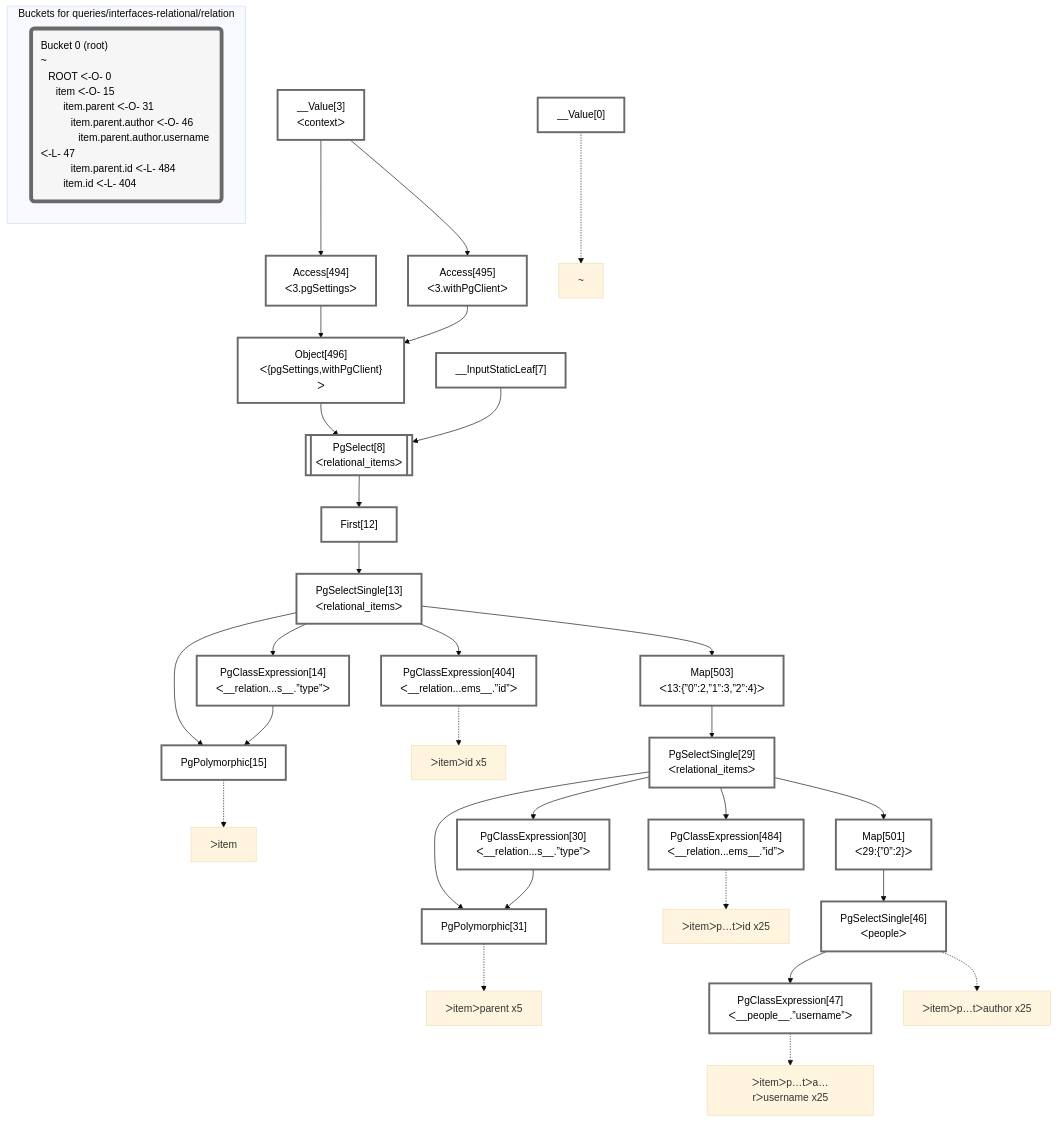
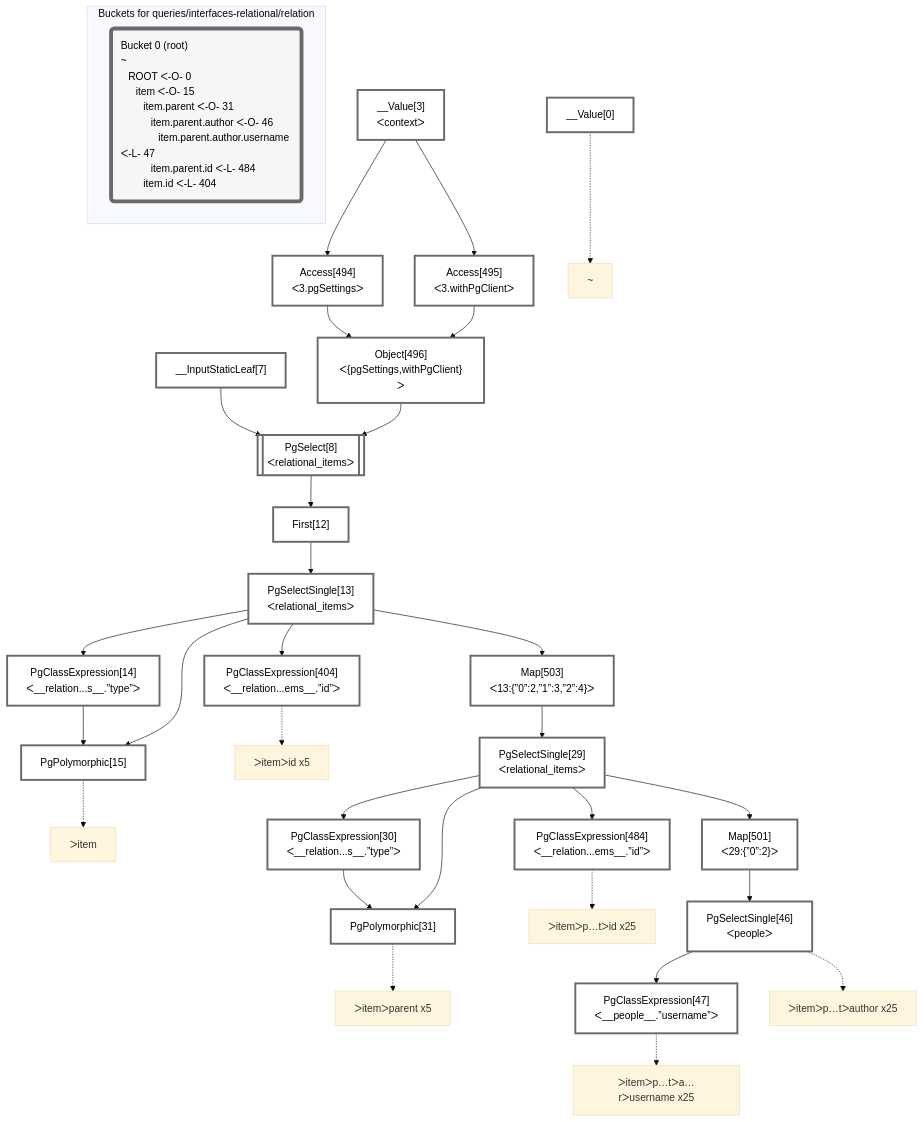
Before and after one commit to graphile/crystal: the diagram in packages/dataplan-pg/__tests__/queries/interfaces-relational/relation.mermaid.md, drawn with Mermaid (base theme). The commit also changed other lines of this file and 195 other files, not shown here.

Commit message:
Reorder graphs

````diff
--- a/packages/dataplan-pg/__tests__/queries/interfaces-relational/relation.mermaid.md
+++ b/packages/dataplan-pg/__tests__/queries/interfaces-relational/relation.mermaid.md
@@ -1,72 +1,72 @@
 ```mermaid
 graph TD
     classDef path fill:#eee,stroke:#000,color:#000
     classDef plan fill:#fff,stroke-width:3px,color:#000
     classDef itemplan fill:#fff,stroke-width:6px,color:#000
     classDef sideeffectplan fill:#f00,stroke-width:6px,color:#000
     classDef bucket fill:#f6f6f6,color:#000,stroke-width:6px,text-align:left
 
 
     %% define plans
     __Value0["__Value[0]"]:::plan
-    PgPolymorphic15["PgPolymorphic[15]"]:::plan
-    PgClassExpression14["PgClassExpression[14]<br />ᐸ__relation...s__.”type”ᐳ"]:::plan
-    PgClassExpression404["PgClassExpression[404]<br />ᐸ__relation...ems__.”id”ᐳ"]:::plan
-    PgPolymorphic31["PgPolymorphic[31]"]:::plan
-    PgClassExpression30["PgClassExpression[30]<br />ᐸ__relation...s__.”type”ᐳ"]:::plan
-    PgClassExpression484["PgClassExpression[484]<br />ᐸ__relation...ems__.”id”ᐳ"]:::plan
-    PgClassExpression47["PgClassExpression[47]<br />ᐸ__people__.”username”ᐳ"]:::plan
-    PgSelectSingle46["PgSelectSingle[46]<br />ᐸpeopleᐳ"]:::plan
-    Map501["Map[501]<br />ᐸ29:{”0”:2}ᐳ"]:::plan
-    PgSelectSingle29["PgSelectSingle[29]<br />ᐸrelational_itemsᐳ"]:::plan
-    Map503["Map[503]<br />ᐸ13:{”0”:2,”1”:3,”2”:4}ᐳ"]:::plan
-    PgSelectSingle13["PgSelectSingle[13]<br />ᐸrelational_itemsᐳ"]:::plan
-    First12["First[12]"]:::plan
-    PgSelect8[["PgSelect[8]<br />ᐸrelational_itemsᐳ"]]:::plan
-    Object496["Object[496]<br />ᐸ{pgSettings,withPgClient}ᐳ"]:::plan
+    __Value3["__Value[3]<br />ᐸcontextᐳ"]:::plan
+    __InputStaticLeaf7["__InputStaticLeaf[7]"]:::plan
     Access494["Access[494]<br />ᐸ3.pgSettingsᐳ"]:::plan
     Access495["Access[495]<br />ᐸ3.withPgClientᐳ"]:::plan
-    __Value3["__Value[3]<br />ᐸcontextᐳ"]:::plan
-    __InputStaticLeaf7["__InputStaticLeaf[7]"]:::plan
+    Object496["Object[496]<br />ᐸ{pgSettings,withPgClient}ᐳ"]:::plan
+    PgSelect8[["PgSelect[8]<br />ᐸrelational_itemsᐳ"]]:::plan
+    First12["First[12]"]:::plan
+    PgSelectSingle13["PgSelectSingle[13]<br />ᐸrelational_itemsᐳ"]:::plan
+    PgClassExpression14["PgClassExpression[14]<br />ᐸ__relation...s__.”type”ᐳ"]:::plan
+    PgPolymorphic15["PgPolymorphic[15]"]:::plan
+    PgClassExpression404["PgClassExpression[404]<br />ᐸ__relation...ems__.”id”ᐳ"]:::plan
+    Map503["Map[503]<br />ᐸ13:{”0”:2,”1”:3,”2”:4}ᐳ"]:::plan
+    PgSelectSingle29["PgSelectSingle[29]<br />ᐸrelational_itemsᐳ"]:::plan
+    PgClassExpression30["PgClassExpression[30]<br />ᐸ__relation...s__.”type”ᐳ"]:::plan
+    PgPolymorphic31["PgPolymorphic[31]"]:::plan
+    PgClassExpression484["PgClassExpression[484]<br />ᐸ__relation...ems__.”id”ᐳ"]:::plan
+    Map501["Map[501]<br />ᐸ29:{”0”:2}ᐳ"]:::plan
+    PgSelectSingle46["PgSelectSingle[46]<br />ᐸpeopleᐳ"]:::plan
+    PgClassExpression47["PgClassExpression[47]<br />ᐸ__people__.”username”ᐳ"]:::plan
 
     %% plan dependencies
-    PgSelectSingle13 & PgClassExpression14 --> PgPolymorphic15
-    PgSelectSingle13 --> PgClassExpression14
-    PgSelectSingle13 --> PgClassExpression404
-    PgSelectSingle29 & PgClassExpression30 --> PgPolymorphic31
-    PgSelectSingle29 --> PgClassExpression30
-    PgSelectSingle29 --> PgClassExpression484
-    PgSelectSingle46 --> PgClassExpression47
-    Map501 --> PgSelectSingle46
-    PgSelectSingle29 --> Map501
-    Map503 --> PgSelectSingle29
-    PgSelectSingle13 --> Map503
-    First12 --> PgSelectSingle13
-    PgSelect8 --> First12
-    Object496 & __InputStaticLeaf7 --> PgSelect8
-    Access494 & Access495 --> Object496
     __Value3 --> Access494
     __Value3 --> Access495
+    Access494 & Access495 --> Object496
+    Object496 & __InputStaticLeaf7 --> PgSelect8
+    PgSelect8 --> First12
+    First12 --> PgSelectSingle13
+    PgSelectSingle13 --> PgClassExpression14
+    PgSelectSingle13 & PgClassExpression14 --> PgPolymorphic15
+    PgSelectSingle13 --> PgClassExpression404
+    PgSelectSingle13 --> Map503
+    Map503 --> PgSelectSingle29
+    PgSelectSingle29 --> PgClassExpression30
+    PgSelectSingle29 & PgClassExpression30 --> PgPolymorphic31
+    PgSelectSingle29 --> PgClassExpression484
+    PgSelectSingle29 --> Map501
+    Map501 --> PgSelectSingle46
+    PgSelectSingle46 --> PgClassExpression47
 
     %% plan-to-path relationships
     P0["~"]
     __Value0 -.-> P0
     P15["ᐳitem"]
     PgPolymorphic15 -.-> P15
     P31["ᐳitemᐳparent x5"]
     PgPolymorphic31 -.-> P31
     P46["ᐳitemᐳp…tᐳauthor x25"]
     PgSelectSingle46 -.-> P46
     P47["ᐳitemᐳp…tᐳa…rᐳusername x25"]
     PgClassExpression47 -.-> P47
     P404["ᐳitemᐳid x5"]
     PgClassExpression404 -.-> P404
     P484["ᐳitemᐳp…tᐳid x25"]
     PgClassExpression484 -.-> P484
 
     subgraph "Buckets for queries/interfaces-relational/relation"
     Bucket0("Bucket 0 (root)<br />~<br />⠀ROOT ᐸ-O- 0<br />⠀⠀item ᐸ-O- 15<br />⠀⠀⠀item.parent ᐸ-O- 31<br />⠀⠀⠀⠀item.parent.author ᐸ-O- 46<br />⠀⠀⠀⠀⠀item.parent.author.username ᐸ-L- 47<br />⠀⠀⠀⠀item.parent.id ᐸ-L- 484<br />⠀⠀⠀item.id ᐸ-L- 404"):::bucket
     classDef bucket0 stroke:#696969
     class Bucket0,__Value0,__Value3,__InputStaticLeaf7,PgSelect8,First12,PgSelectSingle13,PgClassExpression14,PgPolymorphic15,PgSelectSingle29,PgClassExpression30,PgPolymorphic31,PgSelectSingle46,PgClassExpression47,PgClassExpression404,PgClassExpression484,Access494,Access495,Object496,Map501,Map503 bucket0
     end
 ```
````
